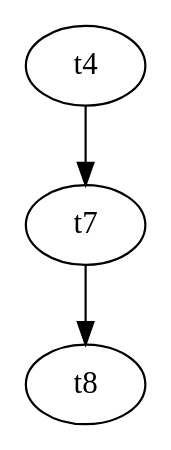
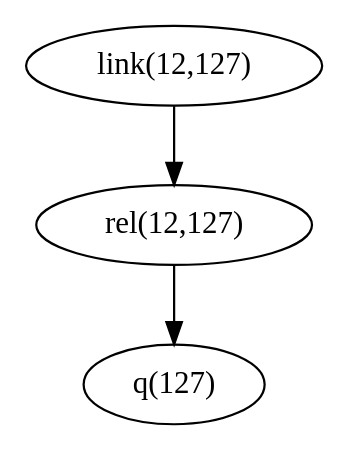
One commit to AndreaCrotti/database-implementation changed the first of 2 diagrams in solutions/db_sol11.org. Above: the diagram before and after it, drawn with Graphviz. The commit also changed other lines of this file and 2 other files, not shown here.

Commit message:
also graph1

```diff
--- a/solutions/db_sol11.org
+++ b/solutions/db_sol11.org
@@ -80,5 +79,5 @@
 #+begin_src dot :file es11_2_1.pdf :cmdline -Tpdf :exports none :results silent
    digraph G {
-   t4 -> t7 -> t8;
+   "link(12,127)" -> "rel(12,127)" -> "q(127)";
    }
 #+end_src
```
